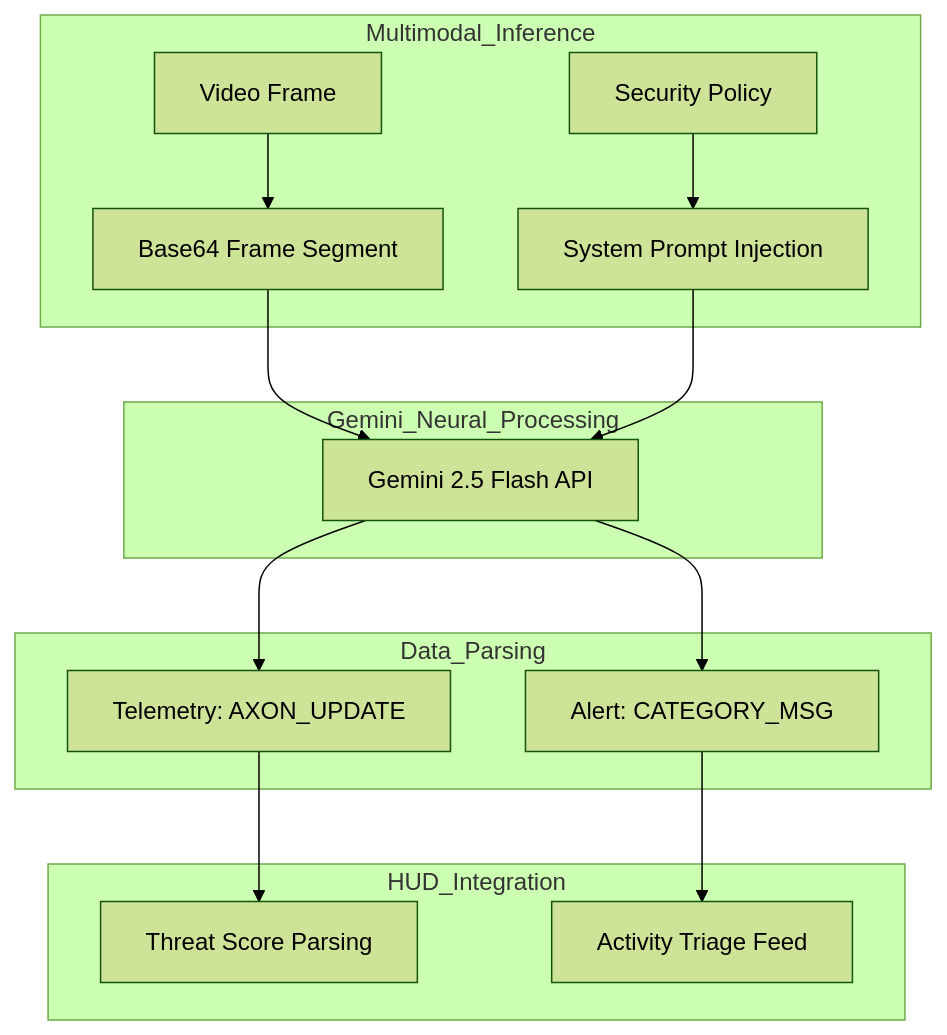
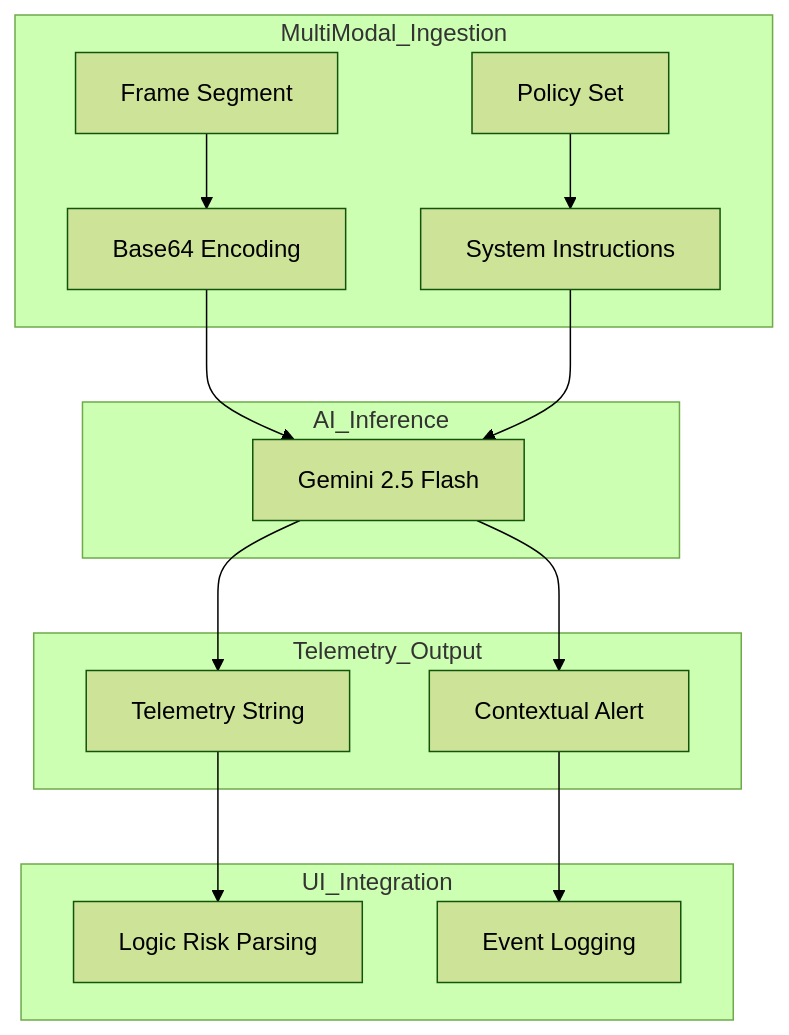
The third of 3 diagrams in documentation.md (ritvikindupuri/FSD_Security), drawn with Mermaid (forest theme) before and after one commit. The commit also changed other lines of this file and 2 other files, not shown here.

````diff
--- a/documentation.md
+++ b/documentation.md
@@ -99,22 +95,22 @@
 ```mermaid
 graph TD
-    subgraph Multimodal_Inference
-    V[Video Frame] --> B64[Base64 Frame Segment]
-    P[Security Policy] --> SI[System Prompt Injection]
+    subgraph MultiModal_Ingestion
+    V[Frame Segment] --> B64[Base64 Encoding]
+    P[Policy Set] --> SI[System Instructions]
     end
     
-    subgraph Gemini_Neural_Processing
-    B64 --> G25[Gemini 2.5 Flash API]
+    subgraph AI_Inference
+    B64 --> G25[Gemini 2.5 Flash]
     SI --> G25
     end
     
-    subgraph Data_Parsing
-    G25 --> TS[Telemetry: AXON_UPDATE]
-    G25 --> AL[Alert: CATEGORY_MSG]
+    subgraph Telemetry_Output
+    G25 --> TS[Telemetry String]
+    G25 --> AL[Contextual Alert]
     end
     
-    subgraph HUD_Integration
-    TS --> TH[Threat Score Parsing]
-    AL --> LOG[Activity Triage Feed]
+    subgraph UI_Integration
+    TS --> RL[Logic Risk Parsing]
+    AL --> LOG[Event Logging]
     end
 ```
````
